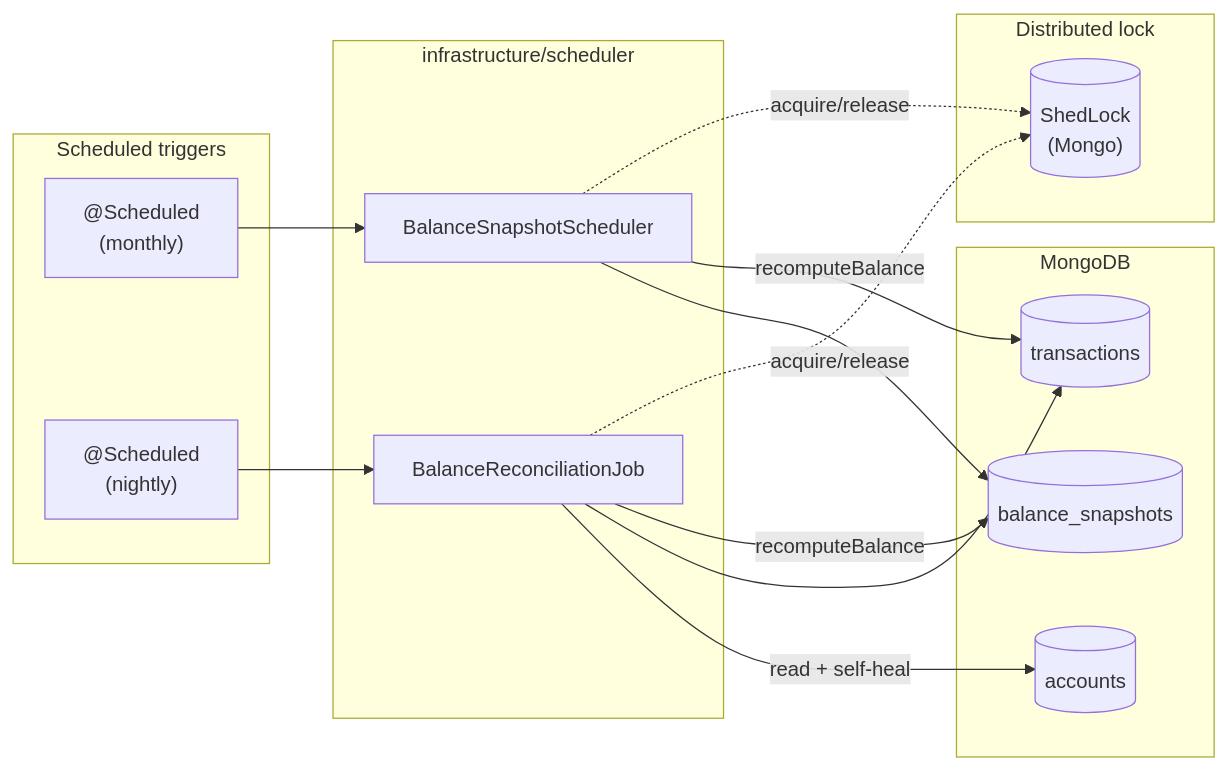
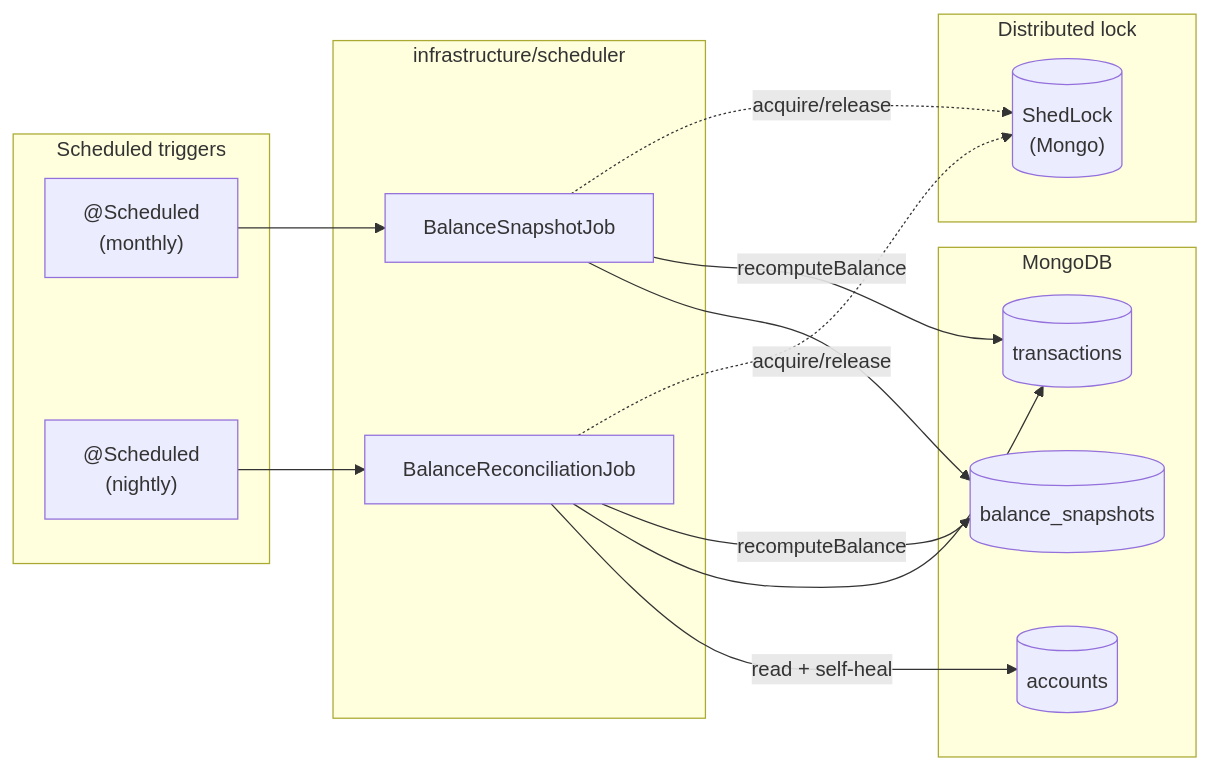
Before and after one commit to Lucas-CSilva/mithril-vault: the first of 3 diagrams in specs/003-accounts/balance-reconciliation-technical-solution.md, drawn with Mermaid. The commit also changed other lines of this file and 3 other files, not shown here.

First line of the commit message:
docs(accounts): rename BalanceSnapshotScheduler to BalanceSnapshotJob

````diff
--- a/specs/003-accounts/balance-reconciliation-technical-solution.md
+++ b/specs/003-accounts/balance-reconciliation-technical-solution.md
@@ -50,28 +50,28 @@
 ```mermaid
 flowchart LR
   subgraph Cron["Scheduled triggers"]
     SnapCron["@Scheduled\n(monthly)"]
     ReconCron["@Scheduled\n(nightly)"]
   end
   subgraph Jobs["infrastructure/scheduler"]
-    Snap["BalanceSnapshotScheduler"]
+    Snap["BalanceSnapshotJob"]
     Recon["BalanceReconciliationJob"]
   end
   subgraph Lock["Distributed lock"]
     ShedLock[("ShedLock\n(Mongo)")]
   end
   subgraph Data["MongoDB"]
     Accounts[("accounts")]
     Txns[("transactions")]
     Snapshots[("balance_snapshots")]
   end
   SnapCron --> Snap
   ReconCron --> Recon
   Snap -. "acquire/release" .-> ShedLock
   Recon -. "acquire/release" .-> ShedLock
   Snap -->|"recomputeBalance"| Txns
   Snap --> Snapshots
   Recon -->|"recomputeBalance"| Snapshots
   Recon --> Txns
   Recon -->|"read + self-heal"| Accounts
 ```
````
